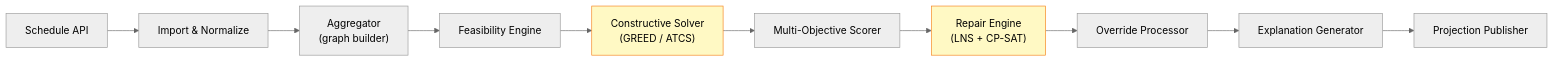
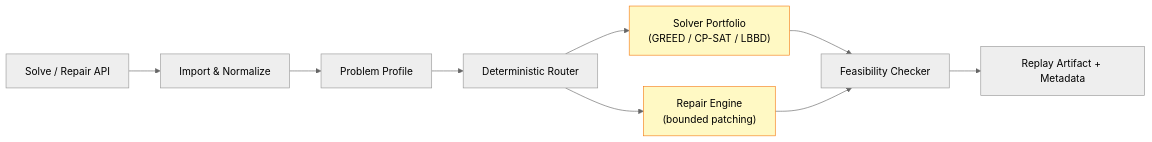
The third of 3 diagrams in docs/architecture/01_OVERVIEW.md (KonkovDV/SynAPS), drawn with Mermaid (neutral theme) before and after one commit. The commit also changed other lines of this file and 94 other files, not shown here.

First line of the commit message:
docs: consolidate investorpartners, fix links, add LBBD-HD solver

````diff
--- a/docs/architecture/01_OVERVIEW.md
+++ b/docs/architecture/01_OVERVIEW.md
@@ -83,15 +83,14 @@
 ```mermaid
 graph LR
-    API["Schedule API"] --> IMPORT["Import & Normalize"]
-    IMPORT --> AGG["Aggregator<br/>(graph builder)"]
-    AGG --> FEAS["Feasibility Engine"]
-    FEAS --> GREED["Constructive Solver<br/>(GREED / ATCS)"]
-    GREED --> SCORE["Multi-Objective Scorer"]
-    SCORE --> REPAIR["Repair Engine<br/>(LNS + CP-SAT)"]
-    REPAIR --> OVERRIDE["Override Processor"]
-    OVERRIDE --> EXPLAIN["Explanation Generator"]
-    EXPLAIN --> PROJ["Projection Publisher"]
+    API["Solve / Repair API"] --> IMPORT["Import & Normalize"]
+    IMPORT --> PROFILE["Problem Profile"]
+    PROFILE --> ROUTER["Deterministic Router"]
+    ROUTER --> SOLVE["Solver Portfolio<br/>(GREED / CP-SAT / LBBD)"]
+    SOLVE --> FEAS["Feasibility Checker"]
+    FEAS --> REPLAY["Replay Artifact + Metadata"]
+    ROUTER --> REPAIR["Repair Engine<br/>(bounded patching)"]
+    REPAIR --> FEAS
 
-    style GREED fill:#fff9c4,stroke:#f57f17
+    style SOLVE fill:#fff9c4,stroke:#f57f17
     style REPAIR fill:#fff9c4,stroke:#f57f17
 ```
````
